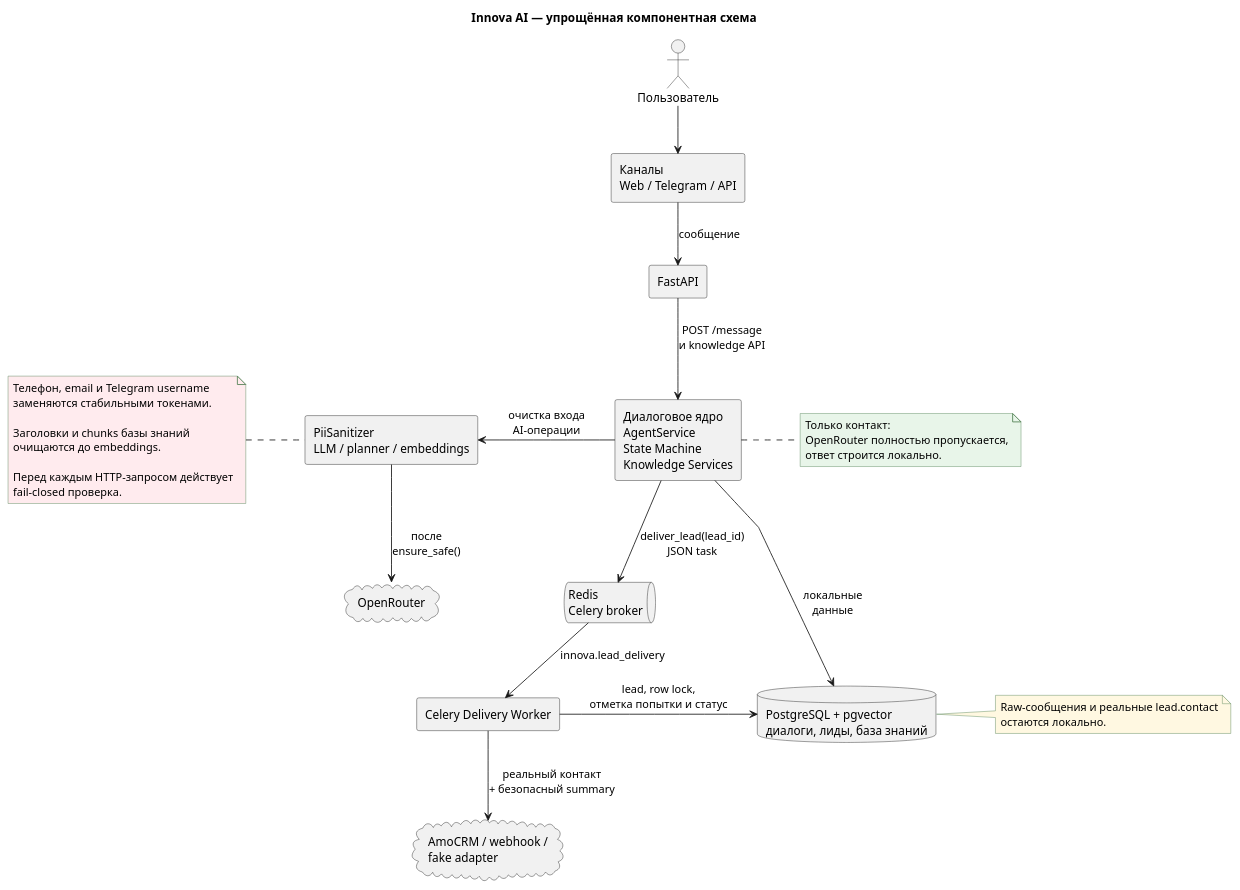
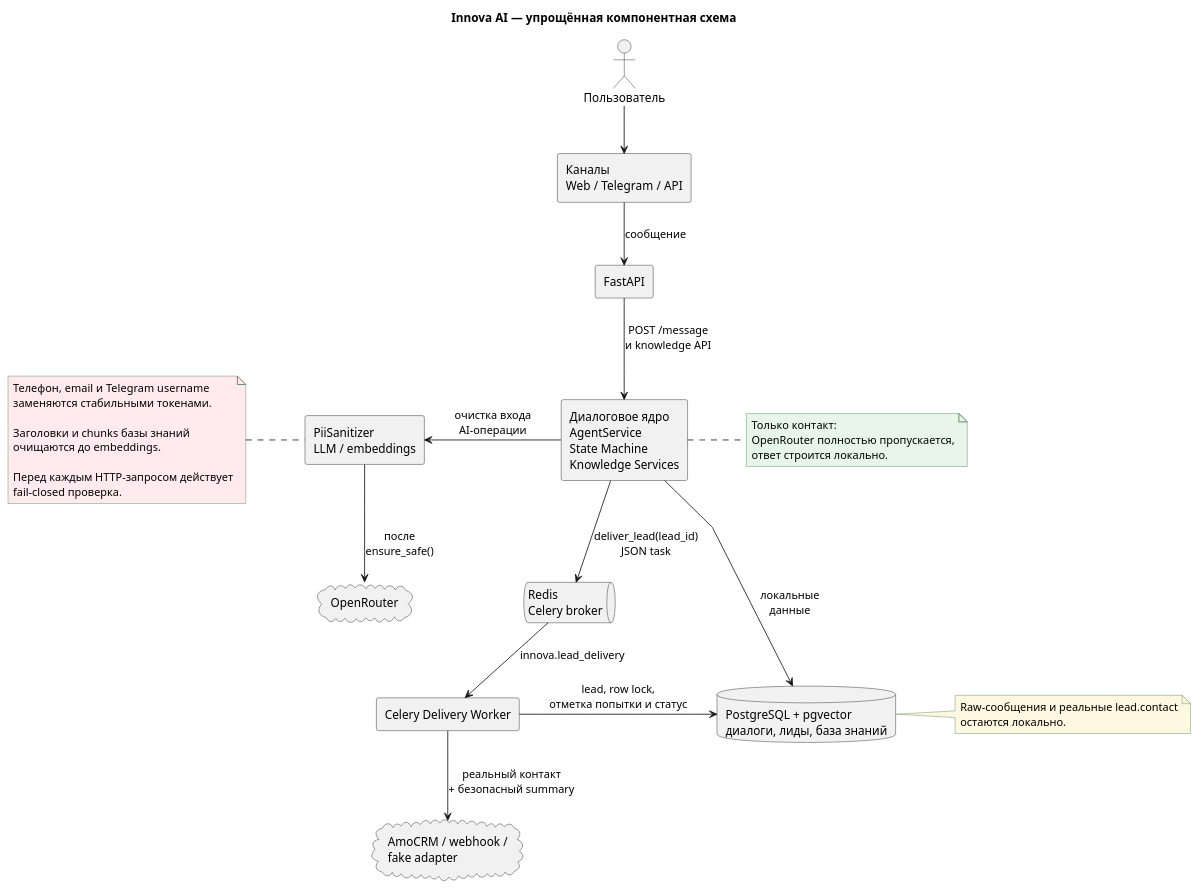
One commit to KNG-Labs/innova-ai changed the diagram in docs/diagrams/current/Components.puml. Above: the diagram before and after it, drawn with PlantUML. The commit also changed 7 other files, not shown here.

```diff
--- a/docs/diagrams/current/Components.puml
+++ b/docs/diagrams/current/Components.puml
@@ -1,65 +1,65 @@
 @startuml Current_Components
 
 top to bottom direction
 skinparam componentStyle rectangle
 skinparam linetype polyline
 skinparam shadowing false
 skinparam noteBackgroundColor #E8F5E9
 skinparam noteBorderColor #4F7F52
 skinparam nodesep 70
 skinparam ranksep 55
 
 title Innova AI — упрощённая компонентная схема
 
 actor "Пользователь" as User
 component "Каналы\nWeb / Telegram / API" as Channels
 component "FastAPI" as API
 
 component "Диалоговое ядро\nAgentService\nState Machine\nKnowledge Services" as Core
 
-component "PiiSanitizer\nLLM / planner / embeddings" as PrivacyAI
+component "PiiSanitizer\nLLM / embeddings" as PrivacyAI
 
 database "PostgreSQL + pgvector\nдиалоги, лиды, база знаний" as PostgreSQL
 cloud "OpenRouter" as OpenRouter
 
 queue "Redis\nCelery broker" as Redis
 component "Celery Delivery Worker" as Delivery
 cloud "AmoCRM / webhook /\nfake adapter" as CRM
 
 User -down-> Channels
 Channels -down-> API : сообщение
 API -down-> Core : POST /message\nи knowledge API
 
 Core -left-> PrivacyAI : очистка входа\nAI-операции
 PrivacyAI -down-> OpenRouter : после\nensure_safe()
 
 Core -right-> PostgreSQL : локальные\nданные
 
 Core -down-> Redis : deliver_lead(lead_id)\nJSON task
 Redis -down-> Delivery : innova.lead_delivery
 Delivery -down-> CRM : реальный контакт\n+ безопасный summary
 Delivery -right-> PostgreSQL : lead, row lock,\nотметка попытки и статус
 
 note left of PrivacyAI #FFEBEE
   Телефон, email и Telegram username
   заменяются стабильными токенами.
 
   Заголовки и chunks базы знаний
   очищаются до embeddings.
 
   Перед каждым HTTP-запросом действует
   fail-closed проверка.
 end note
 
 note right of Core
   Только контакт:
   OpenRouter полностью пропускается,
   ответ строится локально.
 end note
 
 note right of PostgreSQL #FFF8E1
   Raw-сообщения и реальные lead.contact
   остаются локально.
 end note
 
 @enduml
```
